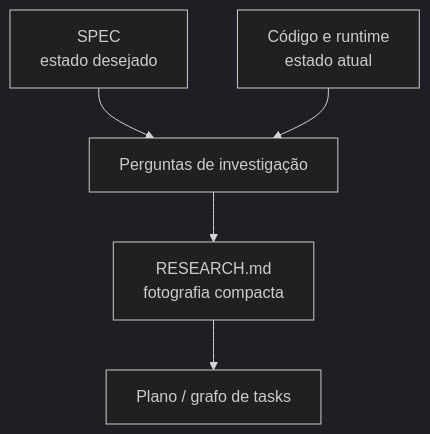
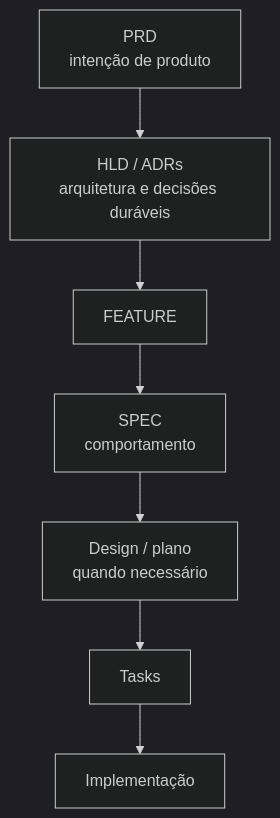
One commit to Erick-Marinho/do-zero-ao-agente changed the second of 6 diagrams in docs/livro/03-especificacao-e-planejamento.md. Above: the diagram before and after it, drawn with Mermaid (dark theme). The commit also changed other lines of this file and 13 other files, not shown here.

````diff
--- a/docs/livro/03-especificacao-e-planejamento.md
+++ b/docs/livro/03-especificacao-e-planejamento.md
@@ -107,7 +38,9 @@
 ```mermaid
 flowchart TD
-    S[SPEC<br/>estado desejado] --> Q[Perguntas de investigação]
-    C[Código e runtime<br/>estado atual] --> Q
-    Q --> R[RESEARCH.md<br/>fotografia compacta]
-    R --> P[Plano / grafo de tasks]
+    P[PRD<br/>intenção de produto] --> A[HLD / ADRs<br/>arquitetura e decisões duráveis]
+    A --> F[FEATURE]
+    F --> S[SPEC<br/>comportamento]
+    S --> D[Design / plano<br/>quando necessário]
+    D --> T[Tasks]
+    T --> I[Implementação]
 ```
````
